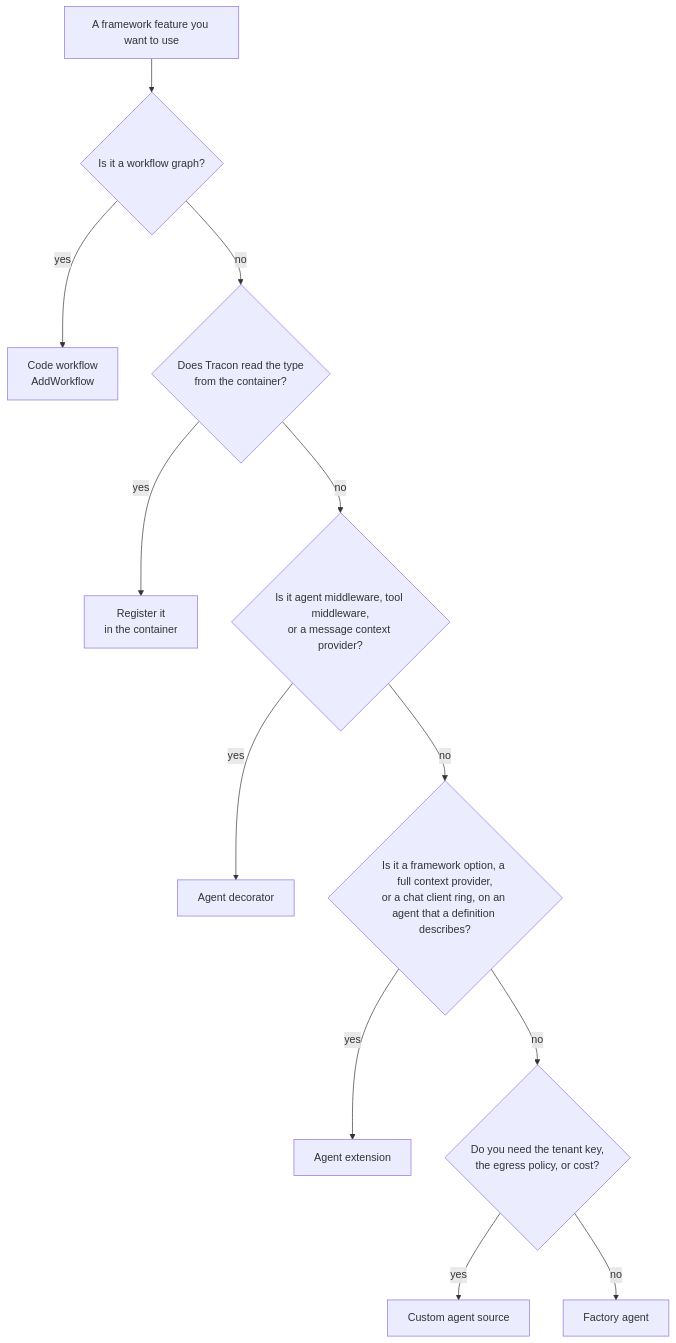
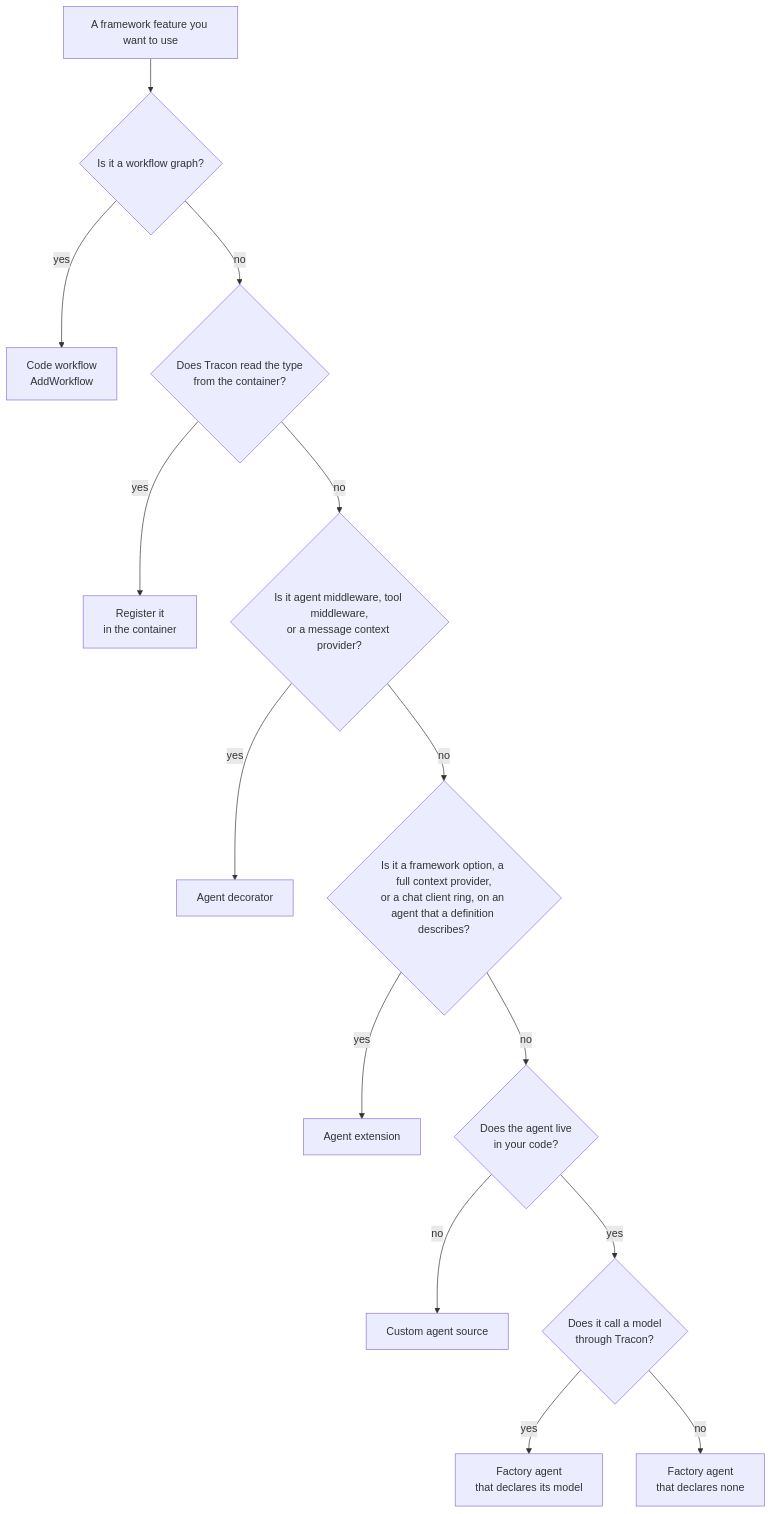
The first of 2 diagrams in docs-site/src/content/docs/guides/any-maf-feature.md (farukatasoy/Tracon), drawn with Mermaid before and after one commit. The commit also changed other lines of this file and 117 other files, not shown here.

Commit message:
feat: declare the model of a factory agent, build tools from the provider, move job registration to the chain

````diff
--- a/docs-site/src/content/docs/guides/any-maf-feature.md
+++ b/docs-site/src/content/docs/guides/any-maf-feature.md
@@ -39,16 +41,18 @@
 ```mermaid
 flowchart TD
     accTitle: Which door reaches a framework feature
-    accDescr: A decision tree. A workflow graph goes to a code workflow. A Microsoft.Extensions.AI type that Tracon reads from the container is registered in the container. Agent middleware, tool middleware, or a message context provider goes in an agent decorator. A framework option, a full context provider, or a chat client ring on an agent that a definition describes goes in an agent extension. Anything else needs an agent that code builds. If you need the tenant key, the egress policy, or cost, use a custom agent source. If you do not, use a factory agent.
+    accDescr: A decision tree. A workflow graph goes to a code workflow. A Microsoft.Extensions.AI type that Tracon reads from the container is registered in the container. Agent middleware, tool middleware, or a message context provider goes in an agent decorator. A framework option, a full context provider, or a chat client ring on an agent that a definition describes goes in an agent extension. Anything else needs an agent that code builds. An agent that does not live in your code, such as one from a repository or another runtime, comes from a custom agent source. An agent in your code that calls a model through Tracon is a factory agent that declares its model, and it keeps the tenant key, the egress policy, and cost. An agent in your code that does not call a model through Tracon is a factory agent that declares none.
     START["A framework feature you want to use"] --> GRAPH{"Is it a workflow graph?"}
     GRAPH -->|yes| WF["Code workflow<br/>AddWorkflow"]
     GRAPH -->|no| DI{"Does Tracon read the type<br/>from the container?"}
     DI -->|yes| REG["Register it<br/>in the container"]
     DI -->|no| MW{"Is it agent middleware, tool middleware,<br/>or a message context provider?"}
     MW -->|yes| DEC["Agent decorator"]
     MW -->|no| OPT{"Is it a framework option, a full context provider,<br/>or a chat client ring, on an agent that a definition describes?"}
     OPT -->|yes| EXT["Agent extension"]
-    OPT -->|no| KEY{"Do you need the tenant key,<br/>the egress policy, or cost?"}
-    KEY -->|yes| SRC["Custom agent source"]
-    KEY -->|no| FAC["Factory agent"]
+    OPT -->|no| LIVE{"Does the agent live<br/>in your code?"}
+    LIVE -->|no| SRC["Custom agent source"]
+    LIVE -->|yes| MODEL{"Does it call a model<br/>through Tracon?"}
+    MODEL -->|yes| FACM["Factory agent<br/>that declares its model"]
+    MODEL -->|no| FAC["Factory agent<br/>that declares none"]
 ```
````
